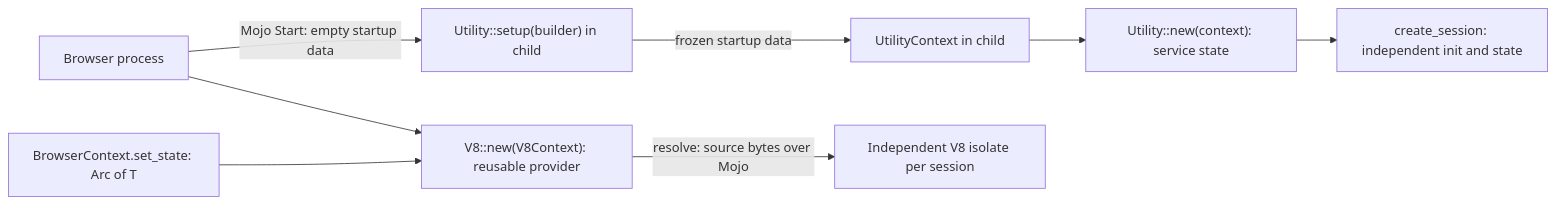
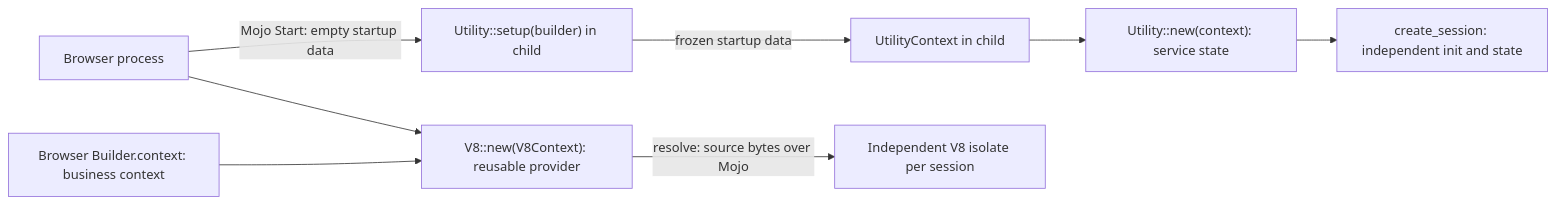
Before and after one commit to tuffite/tuffite: the fourth of 7 diagrams in crates/tuffite-abi/README.md, drawn with Mermaid. The commit also changed other lines of this file and 148 other files, not shown here.

````diff
--- a/crates/tuffite-abi/README.md
+++ b/crates/tuffite-abi/README.md
@@ -462,10 +462,10 @@
 ```mermaid
 flowchart LR
   Browser["Browser process"] -->|"Mojo Start: empty startup data"| Setup["Utility::setup(builder) in child"]
   Setup -->|"frozen startup data"| Context["UtilityContext in child"]
   Context --> Rust["Utility::new(context): service state"]
   Rust --> Sessions["create_session: independent init and state"]
-  Shared["BrowserContext.set_state: Arc of T"] --> Provider["V8::new(V8Context): reusable provider"]
+  Shared["Browser Builder.context: business context"] --> Provider["V8::new(V8Context): reusable provider"]
   Browser --> Provider
   Provider -->|"resolve: source bytes over Mojo"| Isolate["Independent V8 isolate per session"]
 ```
````
